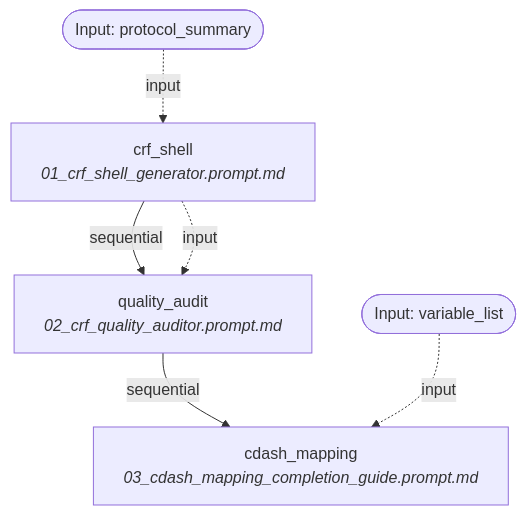
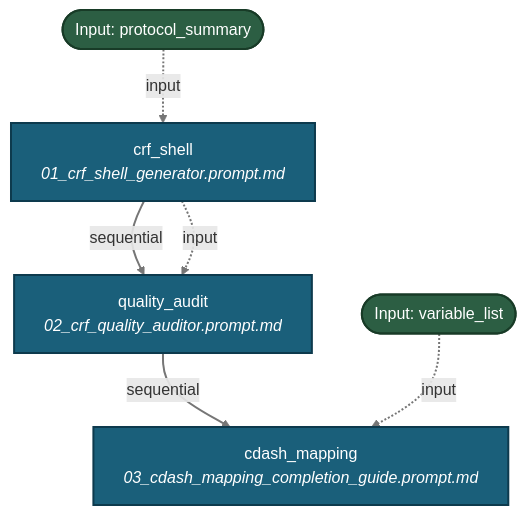
The diagram in docs/workflows/clinical_prompts.md (fderuiter/proompts), drawn with Mermaid before and after one commit. The commit also changed 267 other files, not shown here.

````diff
--- a/docs/workflows/clinical_prompts.md
+++ b/docs/workflows/clinical_prompts.md
@@ -11,13 +11,16 @@
 ```mermaid
 graph TD
-    INPUT_protocol_summary([Input: protocol_summary])
-    INPUT_variable_list([Input: variable_list])
-    crf_shell[crf_shell<br><i>01_crf_shell_generator.prompt.md</i>]
+    classDef stepNode fill:#1a5f7a,stroke:#0d3a4d,stroke-width:2px,color:#ffffff;
+    classDef inputNode fill:#2c5e43,stroke:#183b27,stroke-width:2px,color:#ffffff;
+    INPUT_protocol_summary([Input: protocol_summary]):::inputNode
+    INPUT_variable_list([Input: variable_list]):::inputNode
+    crf_shell[crf_shell<br><i>01_crf_shell_generator.prompt.md</i>]:::stepNode
     INPUT_protocol_summary -. input .-> crf_shell
     crf_shell -->|sequential| quality_audit
-    quality_audit[quality_audit<br><i>02_crf_quality_auditor.prompt.md</i>]
+    quality_audit[quality_audit<br><i>02_crf_quality_auditor.prompt.md</i>]:::stepNode
     crf_shell -. input .-> quality_audit
     quality_audit -->|sequential| cdash_mapping
-    cdash_mapping[cdash_mapping<br><i>03_cdash_mapping_completion_guide.prompt.md</i>]
+    cdash_mapping[cdash_mapping<br><i>03_cdash_mapping_completion_guide.prompt.md</i>]:::stepNode
     INPUT_variable_list -. input .-> cdash_mapping
+    linkStyle default stroke:#767676,stroke-width:2px;
 ```
````
